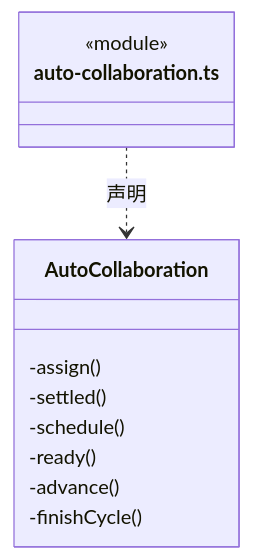
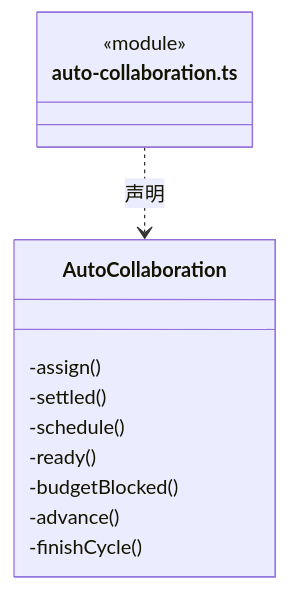
One commit to nan023062/cbim changed the fifth of 48 diagrams in src/backend/scheduler-engine/execution/ARCHITECTURE.md. Above: the diagram before and after it, drawn with Mermaid. The commit also changed other lines of this file and 64 other files, not shown here.

````diff
--- a/src/backend/scheduler-engine/execution/ARCHITECTURE.md
+++ b/src/backend/scheduler-engine/execution/ARCHITECTURE.md
@@ -175,15 +176,16 @@
 ```mermaid
 classDiagram
 class N_src_backend_scheduler_engine_execution_auto_collaboration_ts["auto-collaboration.ts"] {
   <<module>>
 }
 class N_src_backend_scheduler_engine_execution_auto_collaboration_ts_AutoCollaboration["AutoCollaboration"] {
   -assign()
   -settled()
   -schedule()
   -ready()
+  -budgetBlocked()
   -advance()
   -finishCycle()
 }
 N_src_backend_scheduler_engine_execution_auto_collaboration_ts ..> N_src_backend_scheduler_engine_execution_auto_collaboration_ts_AutoCollaboration : 声明
 ```
````
